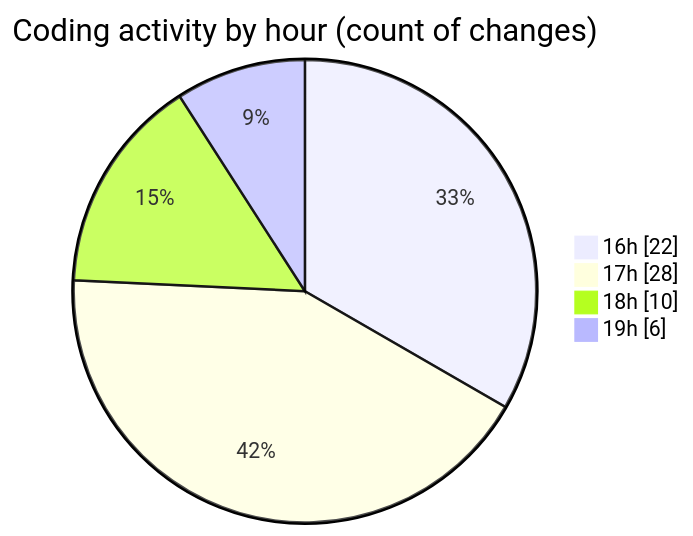
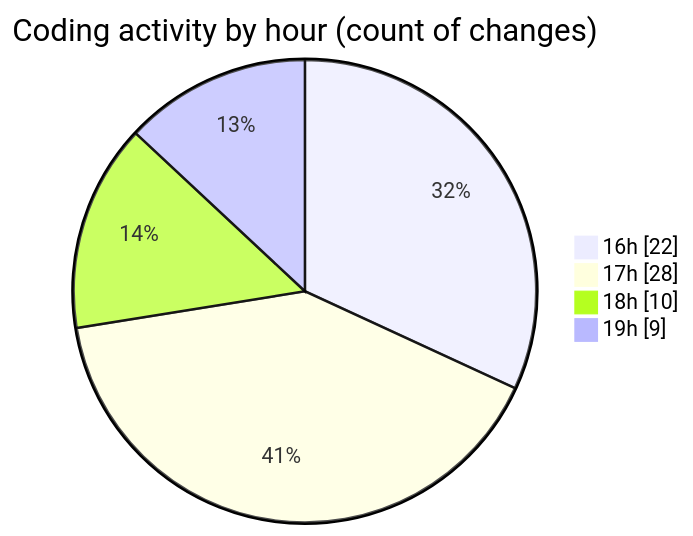
Before and after one commit to becaeroporto-bot/code-tracking: the second of 2 diagrams in 2026-02-17/bot_v1_2/README.md, drawn with Mermaid. The commit also changed other lines of this file and 1 other file, not shown here.

````diff
--- a/2026-02-17/bot_v1_2/README.md
+++ b/2026-02-17/bot_v1_2/README.md
@@ -52,8 +52,8 @@
 ```mermaid
 pie showData
 title Coding activity by hour (count of changes)
 "16h" : 22
 "17h" : 28
 "18h" : 10
-"19h" : 6
+"19h" : 9
 ```
````
